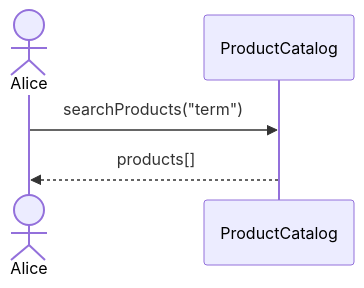
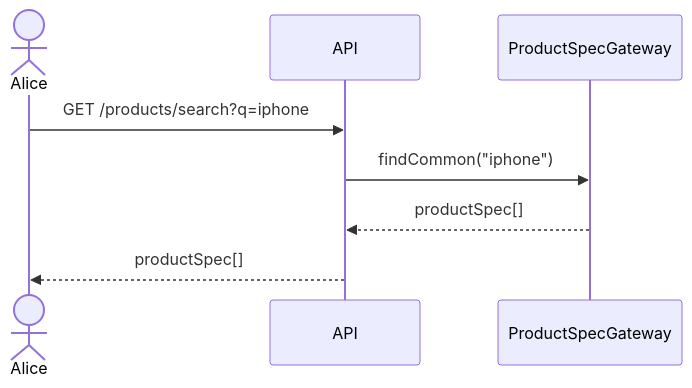
The third of 32 diagrams in sequence.md (hivetown/planning), drawn with Mermaid before and after one commit. The commit also changed other lines of this file, not shown here.

````diff
--- a/sequence.md
+++ b/sequence.md
@@ -80,8 +105,11 @@
 ```mermaid
 sequenceDiagram
     actor A as Alice
-    participant PC as ProductCatalog
+    participant API
+    participant PSC as ProductSpecGateway
 
-    A ->> PC: searchProducts("term")
-    PC -->> A: products[]
+    A ->> API: GET /products/search?q=iphone
+    API ->> PSC: findCommon("iphone")
+    PSC -->> API: productSpec[]
+    API -->> A: productSpec[]
 ```
````
